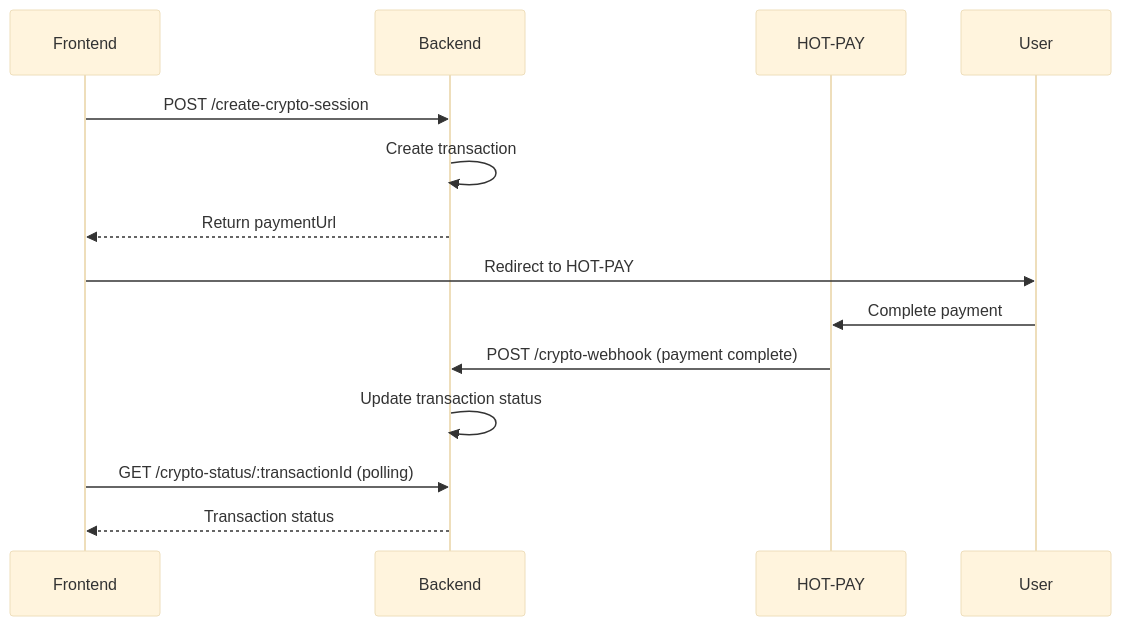
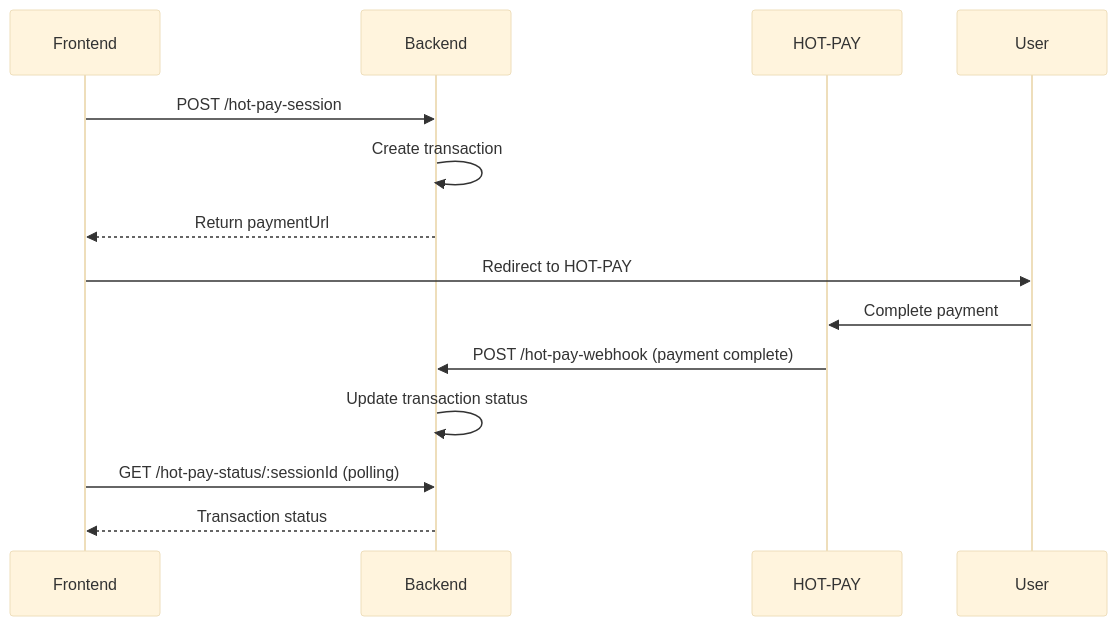
One commit to matiasbenary/bk changed the third of 3 diagrams in README.md. Above: the diagram before and after it, drawn with Mermaid (base theme). The commit also changed other lines of this file and 44 other files, not shown here.

````diff
--- a/README.md
+++ b/README.md
@@ -128,17 +137,17 @@
 ```mermaid
 sequenceDiagram
     participant Frontend
     participant Backend
     participant HOT-PAY
     participant User
 
-    Frontend->>Backend: POST /create-crypto-session
+    Frontend->>Backend: POST /hot-pay-session
     Backend->>Backend: Create transaction
     Backend-->>Frontend: Return paymentUrl
     Frontend->>User: Redirect to HOT-PAY
     User->>HOT-PAY: Complete payment
-    HOT-PAY->>Backend: POST /crypto-webhook (payment complete)
+    HOT-PAY->>Backend: POST /hot-pay-webhook (payment complete)
     Backend->>Backend: Update transaction status
-    Frontend->>Backend: GET /crypto-status/:transactionId (polling)
+    Frontend->>Backend: GET /hot-pay-status/:sessionId (polling)
     Backend-->>Frontend: Transaction status
 ```
````
